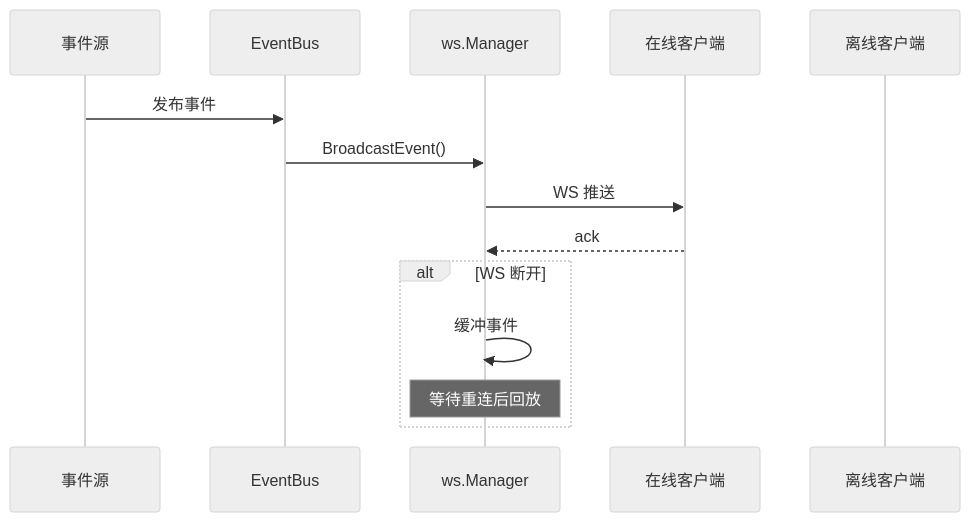
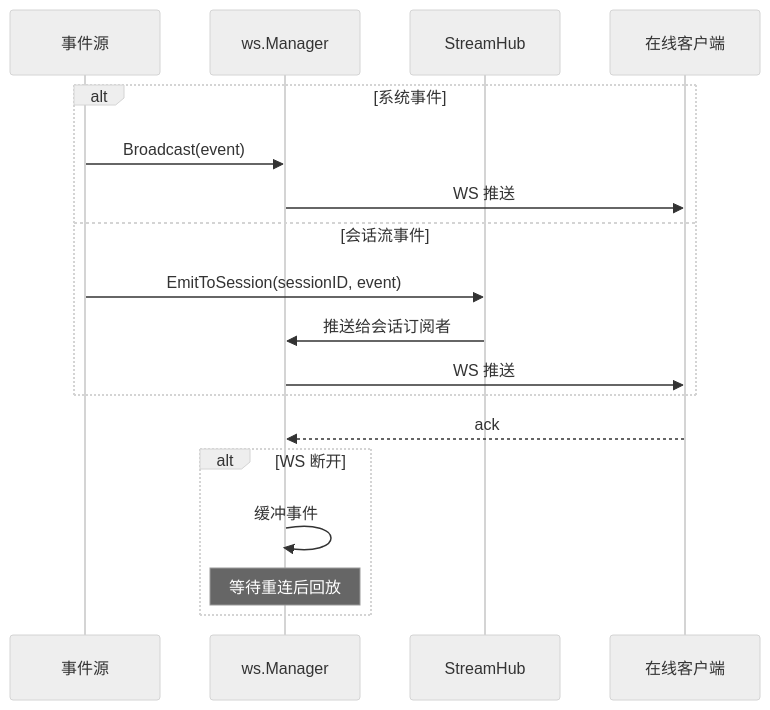
Before and after one commit to 0REZ/clawbench: the first of 2 diagrams in docs/spec/infra/event-system.md, drawn with Mermaid (neutral theme). The commit also changed other lines of this file and 16 other files, not shown here.

````diff
--- a/docs/spec/infra/event-system.md
+++ b/docs/spec/infra/event-system.md
@@ -9,17 +9,21 @@
 ```mermaid
 sequenceDiagram
     participant 事件源
-    participant EventBus
     participant ws.Manager
+    participant StreamHub
     participant 在线客户端
-    participant 离线客户端
 
-    事件源->>EventBus: 发布事件
-    EventBus->>ws.Manager: BroadcastEvent()
-    ws.Manager->>在线客户端: WS 推送
+    alt 系统事件
+        事件源->>ws.Manager: Broadcast(event)
+        ws.Manager->>在线客户端: WS 推送
+    else 会话流事件
+        事件源->>StreamHub: EmitToSession(sessionID, event)
+        StreamHub->>ws.Manager: 推送给会话订阅者
+        ws.Manager->>在线客户端: WS 推送
+    end
     在线客户端-->>ws.Manager: ack
     alt WS 断开
         ws.Manager->>ws.Manager: 缓冲事件
         Note over ws.Manager: 等待重连后回放
     end
 ```
````
